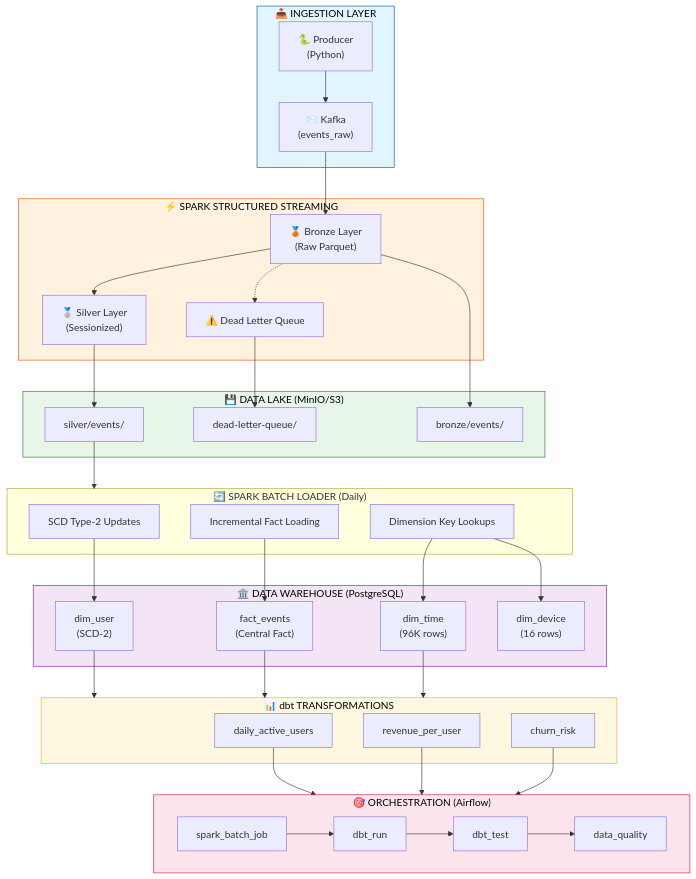
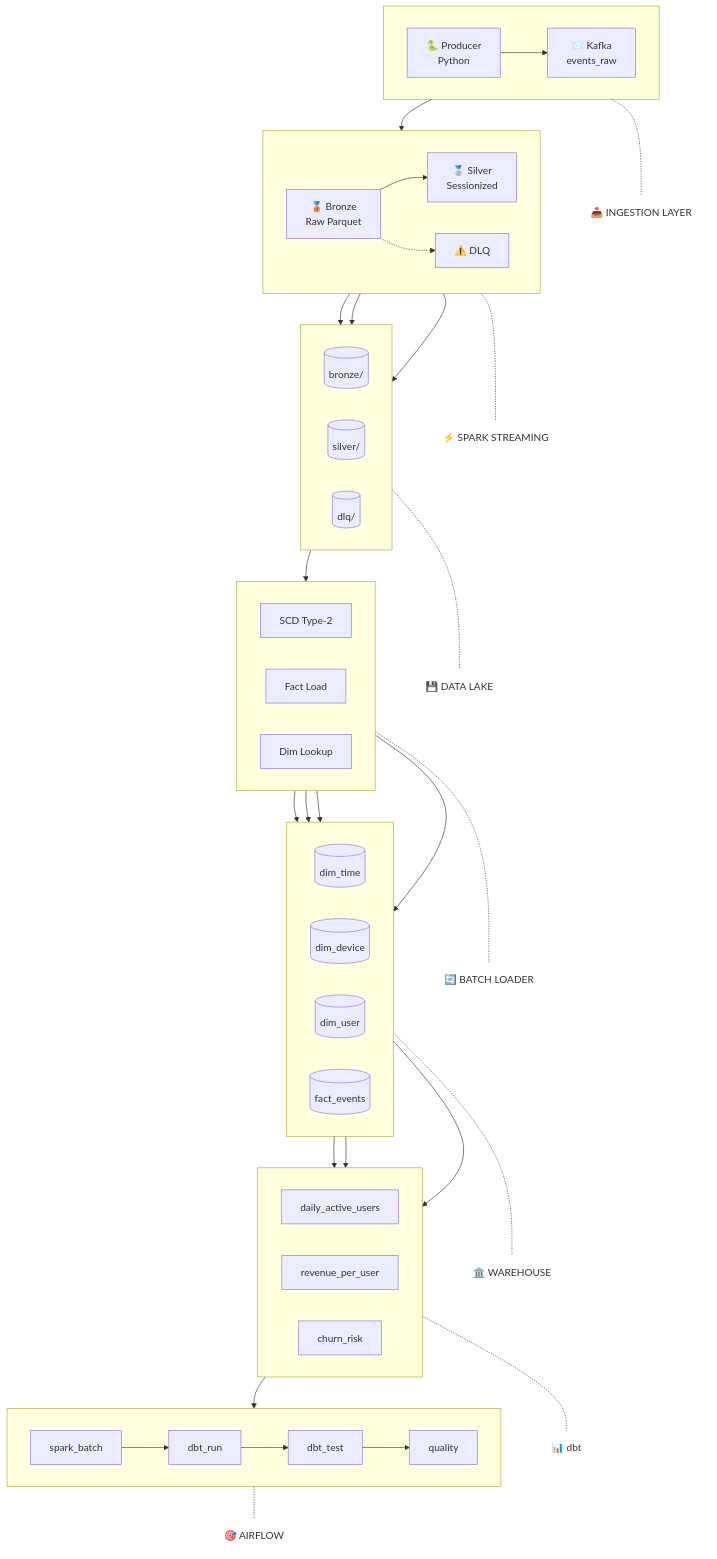
Before and after one commit to OnlyAhad13/Real-Time-Event-Driven-Analytics-Platform: the diagram in README.md, drawn with Mermaid.

````diff
--- a/README.md
+++ b/README.md
@@ -31,84 +31,88 @@
 ```mermaid
 flowchart TB
-    subgraph INGESTION["📥 INGESTION LAYER"]
-        Producer["🐍 Producer<br/>(Python)"]
-        Kafka["📨 Kafka<br/>(events_raw)"]
+    subgraph INGESTION[" "]
+        direction LR
+        Producer["🐍 Producer<br/>Python"]
+        Kafka["📨 Kafka<br/>events_raw"]
+        Producer --> Kafka
     end
 
-    subgraph STREAMING["⚡ SPARK STRUCTURED STREAMING"]
-        Bronze["🥉 Bronze Layer<br/>(Raw Parquet)"]
-        Silver["🥈 Silver Layer<br/>(Sessionized)"]
-        DLQ["⚠️ Dead Letter Queue"]
+    subgraph STREAMING[" "]
+        direction LR
+        Bronze["🥉 Bronze<br/>Raw Parquet"]
+        Silver["🥈 Silver<br/>Sessionized"]
+        DLQ["⚠️ DLQ"]
+        Bronze --> Silver
+        Bronze -.-> DLQ
     end
 
-    subgraph DATALAKE["💾 DATA LAKE (MinIO/S3)"]
-        BronzeBucket["bronze/events/"]
-        SilverBucket["silver/events/"]
-        DLQBucket["dead-letter-queue/"]
+    subgraph DATALAKE[" "]
+        direction LR
+        BronzeBucket[("bronze/")]
+        SilverBucket[("silver/")]
+        DLQBucket[("dlq/")]
     end
 
-    subgraph BATCH["🔄 SPARK BATCH LOADER (Daily)"]
-        SCD["SCD Type-2 Updates"]
-        FactLoad["Incremental Fact Loading"]
-        DimLookup["Dimension Key Lookups"]
+    subgraph BATCH[" "]
+        direction LR
+        SCD["SCD Type-2"]
+        FactLoad["Fact Load"]
+        DimLookup["Dim Lookup"]
     end
 
-    subgraph WAREHOUSE["🏛️ DATA WAREHOUSE (PostgreSQL)"]
-        dim_time["dim_time<br/>(96K rows)"]
-        dim_device["dim_device<br/>(16 rows)"]
-        dim_user["dim_user<br/>(SCD-2)"]
-        fact_events["fact_events<br/>(Central Fact)"]
+    subgraph WAREHOUSE[" "]
+        direction LR
+        dim_time[("dim_time")]
+        dim_device[("dim_device")]
+        dim_user[("dim_user")]
+        fact_events[("fact_events")]
     end
 
-    subgraph DBT["📊 dbt TRANSFORMATIONS"]
+    subgraph DBT[" "]
+        direction LR
         DAU["daily_active_users"]
         Revenue["revenue_per_user"]
         Churn["churn_risk"]
     end
 
-    subgraph AIRFLOW["🎯 ORCHESTRATION (Airflow)"]
+    subgraph AIRFLOW[" "]
         direction LR
-        Task1["spark_batch_job"] --> Task2["dbt_run"]
-        Task2 --> Task3["dbt_test"]
-        Task3 --> Task4["data_quality"]
+        Task1["spark_batch"] --> Task2["dbt_run"] --> Task3["dbt_test"] --> Task4["quality"]
     end
 
-    %% Flow connections
-    Producer --> Kafka
+    %% Main flow
     Kafka --> Bronze
-    Bronze --> Silver
-    Bronze -.-> DLQ
-
     Bronze --> BronzeBucket
     Silver --> SilverBucket
     DLQ --> DLQBucket
-
+    
     SilverBucket --> BATCH
     SCD --> dim_user
     FactLoad --> fact_events
     DimLookup --> dim_time
     DimLookup --> dim_device
+    
+    fact_events --> DAU
+    fact_events --> Revenue
+    fact_events --> Churn
+    
+    DBT --> AIRFLOW
 
-    fact_events --> DBT
-    dim_user --> DBT
-    dim_time --> DBT
-
-    DAU --> AIRFLOW
-    Revenue --> AIRFLOW
-    Churn --> AIRFLOW
+    %% Labels
+    INGESTION -.- ING_LABEL["📥 INGESTION LAYER"]
+    STREAMING -.- STR_LABEL["⚡ SPARK STREAMING"]
+    DATALAKE -.- DL_LABEL["💾 DATA LAKE"]
+    BATCH -.- BAT_LABEL["🔄 BATCH LOADER"]
+    WAREHOUSE -.- WH_LABEL["🏛️ WAREHOUSE"]
+    DBT -.- DBT_LABEL["📊 dbt"]
+    AIRFLOW -.- AIR_LABEL["🎯 AIRFLOW"]
 
     %% Styling
-    classDef ingestion fill:#e1f5fe,stroke:#01579b,color:#000
-    classDef streaming fill:#fff3e0,stroke:#e65100,color:#000
-    classDef storage fill:#e8f5e9,stroke:#2e7d32,color:#000
-    classDef warehouse fill:#f3e5f5,stroke:#7b1fa2,color:#000
-    classDef transform fill:#fff8e1,stroke:#f9a825,color:#000
-    classDef orchestration fill:#fce4ec,stroke:#c2185b,color:#000
-
-    class INGESTION ingestion
-    class STREAMING streaming
-    class DATALAKE storage
-    class WAREHOUSE warehouse
-    class DBT transform
-    class AIRFLOW orchestration
+    style ING_LABEL fill:none,stroke:none
+    style STR_LABEL fill:none,stroke:none
+    style DL_LABEL fill:none,stroke:none
+    style BAT_LABEL fill:none,stroke:none
+    style WH_LABEL fill:none,stroke:none
+    style DBT_LABEL fill:none,stroke:none
+    style AIR_LABEL fill:none,stroke:none
 ```
````
